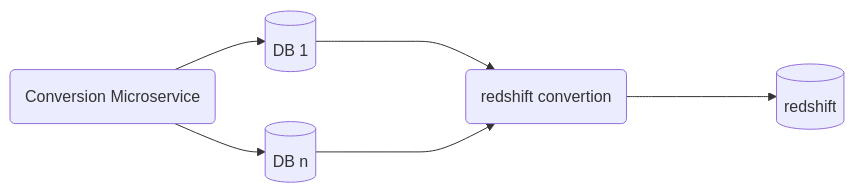
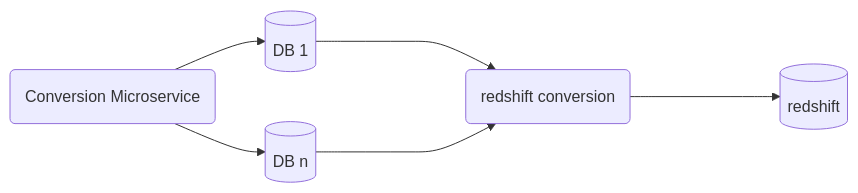
One commit to nedernasser/sso changed the diagram in readme.MD. Above: the diagram before and after it, drawn with Mermaid.

````diff
--- a/readme.MD
+++ b/readme.MD
@@ -134,6 +134,6 @@
 ```mermaid
 graph LR
   ms1(Conversion Microservice) --> db1[(DB 1)] & dbn[(DB n)]
-  db1 & dbn ----> microservice(redshift convertion)
+  db1 & dbn ----> microservice(redshift conversion)
   microservice ----> redshift[(redshift)]
 ```
````
